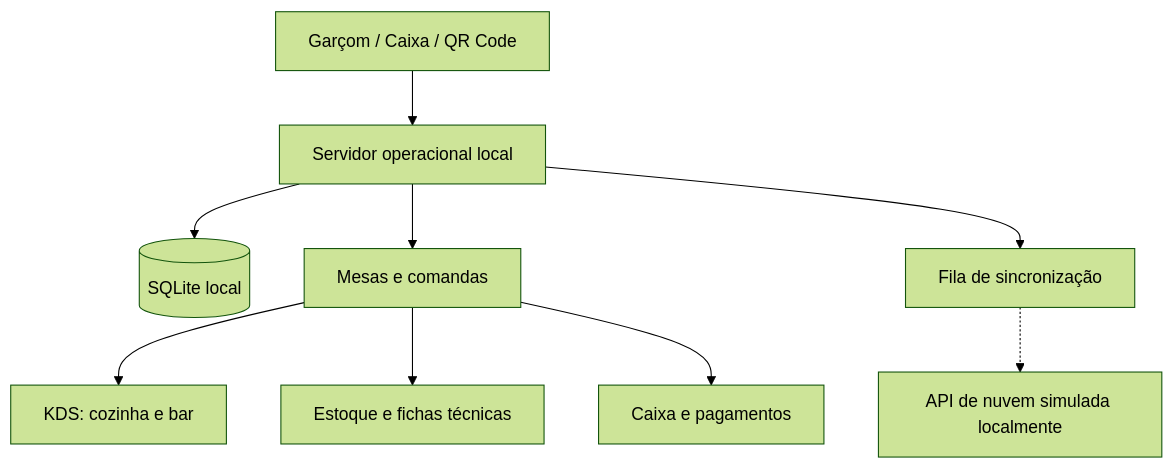
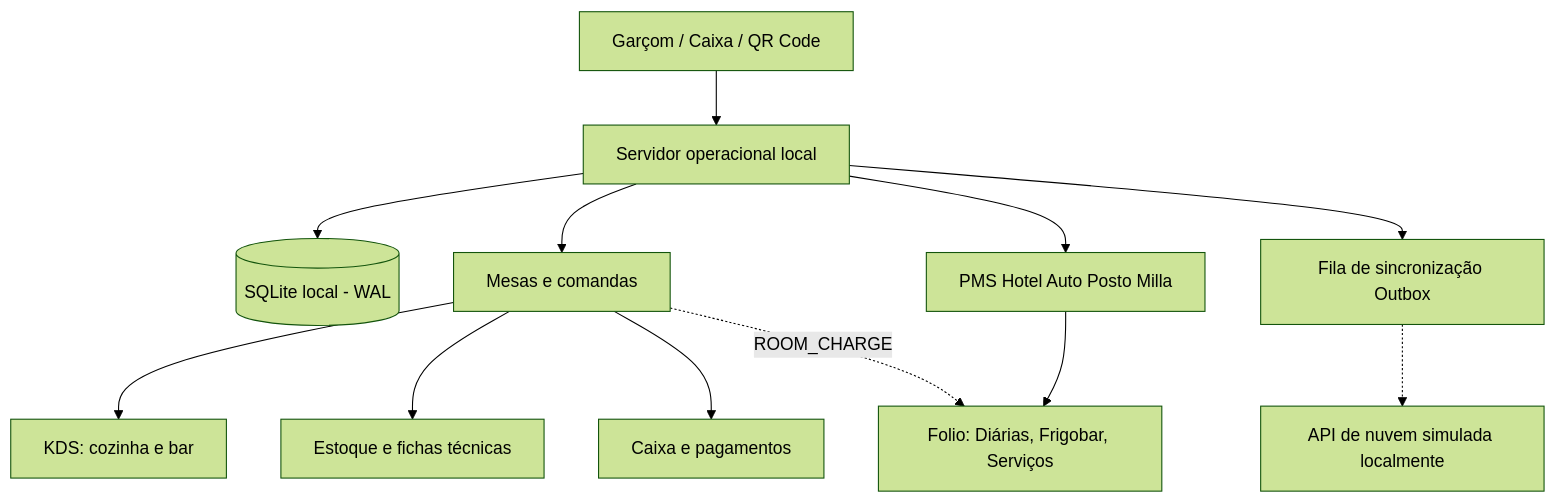
Before and after one commit to Duailibe32/deck26-system: the diagram in README.md, drawn with Mermaid (forest theme). The commit also changed other lines of this file and 14 other files, not shown here.

Commit message:
feat(hotel-pms): implementacao completa etapa 5 gestao hoteleira hotel auto posto milla pms e integracao deck 26

````diff
--- a/README.md
+++ b/README.md
@@ -58,11 +58,14 @@
 ```mermaid
 flowchart TD
     A[Garçom / Caixa / QR Code] --> B[Servidor operacional local]
-    B --> C[(SQLite local)]
+    B --> C[(SQLite local - WAL)]
     B --> D[Mesas e comandas]
     D --> E[KDS: cozinha e bar]
     D --> F[Estoque e fichas técnicas]
     D --> G[Caixa e pagamentos]
-    B --> H[Fila de sincronização]
-    H -.-> I[API de nuvem simulada localmente]
+    B --> H[PMS Hotel Auto Posto Milla]
+    H --> I[Folio: Diárias, Frigobar, Serviços]
+    D -.->|ROOM_CHARGE| I
+    B --> J[Fila de sincronização Outbox]
+    J -.-> K[API de nuvem simulada localmente]
 ```
````
